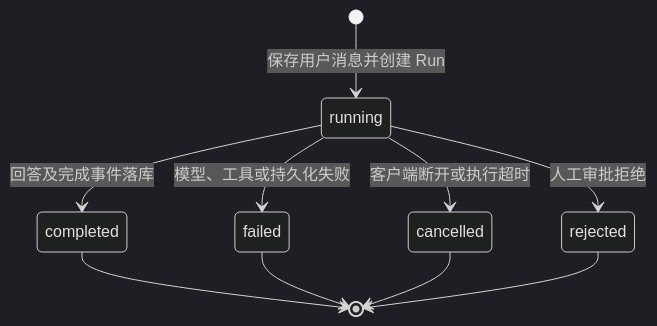
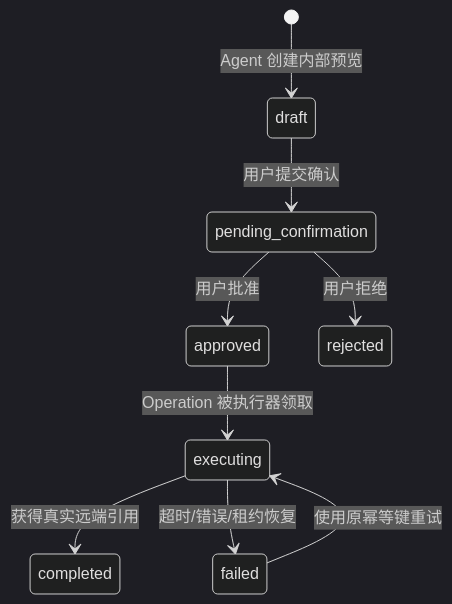
One commit to zora-DD/zora changed the seventh of 9 diagrams in docs/project-analysis.md. Above: the diagram before and after it, drawn with Mermaid (dark theme). The commit also changed other lines of this file and 35 other files, not shown here.

````diff
--- a/docs/project-analysis.md
+++ b/docs/project-analysis.md
@@ -333,12 +502,11 @@
 ```mermaid
 stateDiagram-v2
-    [*] --> running: 保存用户消息并创建 Run
-    running --> completed: 回答及完成事件落库
-    running --> failed: 模型、工具或持久化失败
-    running --> cancelled: 客户端断开或执行超时
-    running --> rejected: 人工审批拒绝
-    completed --> [*]
-    failed --> [*]
-    cancelled --> [*]
-    rejected --> [*]
+    [*] --> draft: Agent 创建内部预览
+    draft --> pending_confirmation: 用户提交确认
+    pending_confirmation --> approved: 用户批准
+    pending_confirmation --> rejected: 用户拒绝
+    approved --> executing: Operation 被执行器领取
+    executing --> completed: 获得真实远端引用
+    executing --> failed: 超时/错误/租约恢复
+    failed --> executing: 使用原幂等键重试
 ```
````
